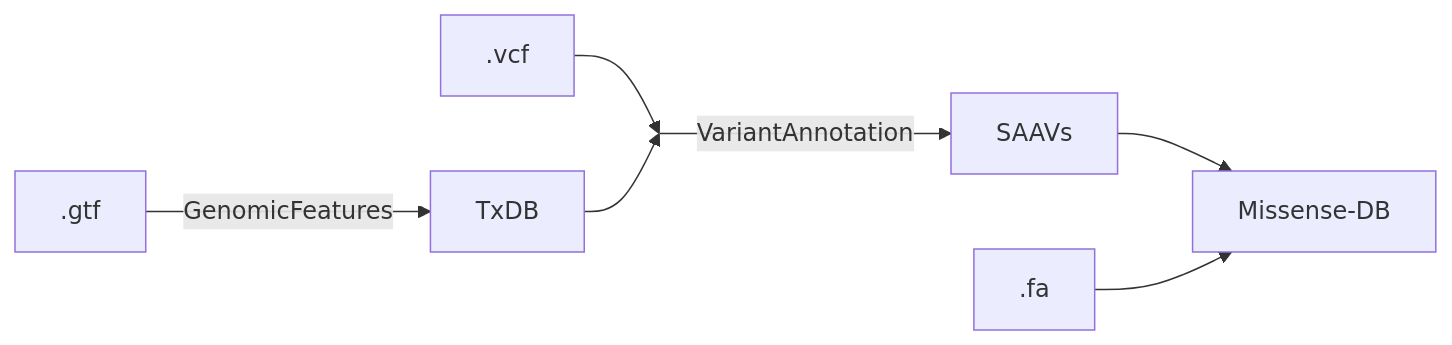
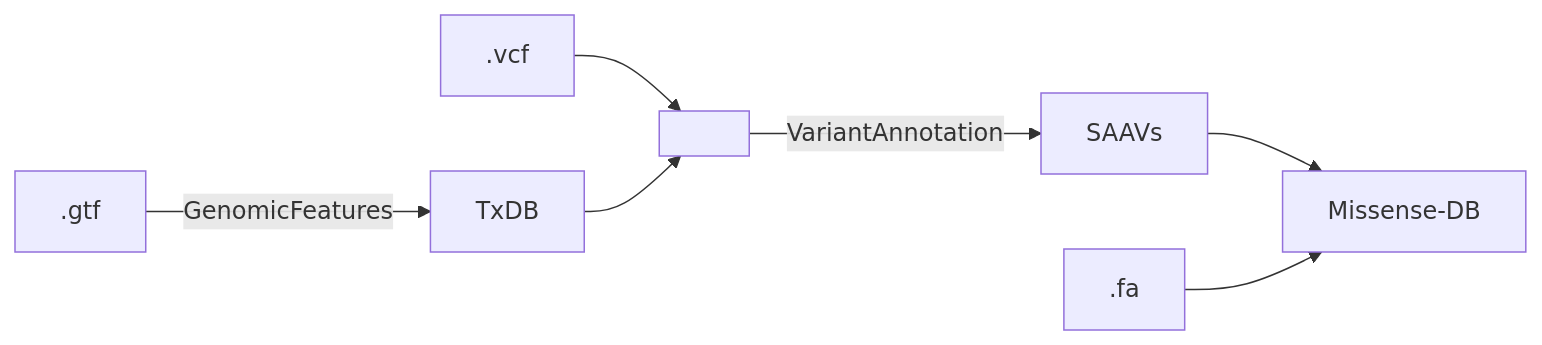
Before and after one commit to hdesai17/chemoproteogenomics: the diagram in README.md, drawn with Mermaid.

````diff
--- a/README.md
+++ b/README.md
@@ -19,10 +19,10 @@
 ```mermaid
 flowchart LR;
    .vcf-->D[ ]:::empty
    D[ ]:::empty-->|VariantAnnotation|SAAVs;
    TxDB -->D[ ]:::empty;
    .gtf-->|GenomicFeatures|TxDB;
    SAAVs-->Missense-DB;
    .fa-->Missense-DB;
-   classDef empty width:0px,height:0px;
+   classDef empty width:-1px,height:-1px;
 ```
````
